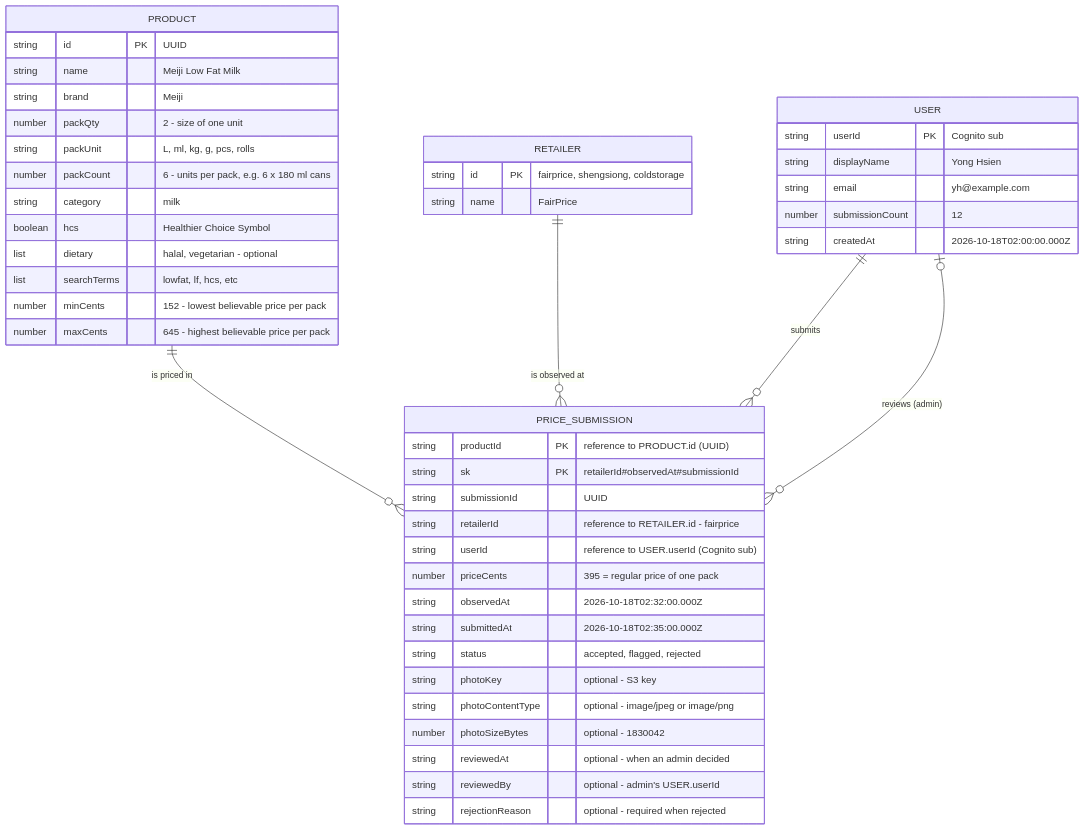
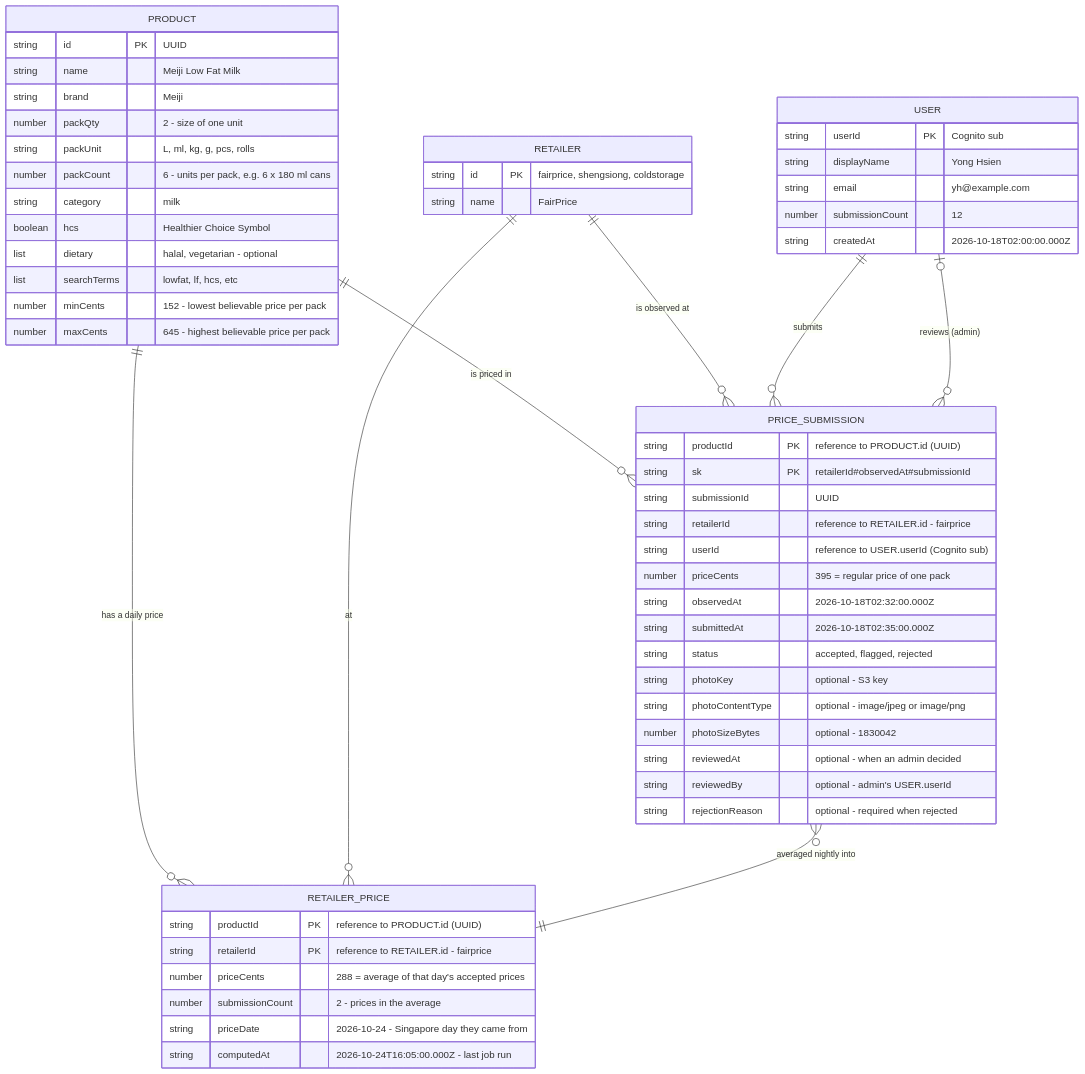
One commit to Gareth2-YS/TrolleySaver changed the first of 4 diagrams in docs/architecture/database-design.md. Above: the diagram before and after it, drawn with Mermaid. The commit also changed other lines of this file and 18 other files, not shown here.

Commit message:
Create new Retailer Price table

````diff
--- a/docs/architecture/database-design.md
+++ b/docs/architecture/database-design.md
@@ -7,53 +7,65 @@
 ```mermaid
 erDiagram
     PRODUCT ||--o{ PRICE_SUBMISSION : "is priced in"
     RETAILER ||--o{ PRICE_SUBMISSION : "is observed at"
     USER ||--o{ PRICE_SUBMISSION : "submits"
     USER |o--o{ PRICE_SUBMISSION : "reviews (admin)"
+    PRODUCT ||--o{ RETAILER_PRICE : "has a daily price"
+    RETAILER ||--o{ RETAILER_PRICE : "at"
+    PRICE_SUBMISSION }o--|| RETAILER_PRICE : "averaged nightly into"
 
     PRODUCT {
         string id PK "UUID"
         string name "Meiji Low Fat Milk"
         string brand "Meiji"
         number packQty "2 - size of one unit"
         string packUnit "L, ml, kg, g, pcs, rolls"
         number packCount "6 - units per pack, e.g. 6 x 180 ml cans"
         string category "milk"
         boolean hcs "Healthier Choice Symbol"
         list dietary "halal, vegetarian - optional"
         list searchTerms "lowfat, lf, hcs, etc"
         number minCents "152 - lowest believable price per pack"
         number maxCents "645 - highest believable price per pack"
     }
 
     RETAILER {
         string id PK "fairprice, shengsiong, coldstorage"
         string name "FairPrice"
     }
 
     PRICE_SUBMISSION {
         string productId PK "reference to PRODUCT.id (UUID)"
         string sk PK "retailerId#observedAt#submissionId"
         string submissionId "UUID"
         string retailerId "reference to RETAILER.id - fairprice"
         string userId "reference to USER.userId (Cognito sub)"
         number priceCents "395 = regular price of one pack"
         string observedAt "2026-10-18T02:32:00.000Z"
         string submittedAt "2026-10-18T02:35:00.000Z"
         string status "accepted, flagged, rejected"
         string photoKey "optional - S3 key"
         string photoContentType "optional - image/jpeg or image/png"
         number photoSizeBytes "optional - 1830042"
         string reviewedAt "optional - when an admin decided"
         string reviewedBy "optional - admin's USER.userId"
         string rejectionReason "optional - required when rejected"
     }
 
     USER {
         string userId PK "Cognito sub"
         string displayName "Yong Hsien"
         string email "yh@example.com"
         number submissionCount "12"
         string createdAt "2026-10-18T02:00:00.000Z"
     }
+
+    RETAILER_PRICE {
+        string productId PK "reference to PRODUCT.id (UUID)"
+        string retailerId PK "reference to RETAILER.id - fairprice"
+        number priceCents "288 = average of that day's accepted prices"
+        number submissionCount "2 - prices in the average"
+        string priceDate "2026-10-24 - Singapore day they came from"
+        string computedAt "2026-10-24T16:05:00.000Z - last job run"
+    }
 ```
````
